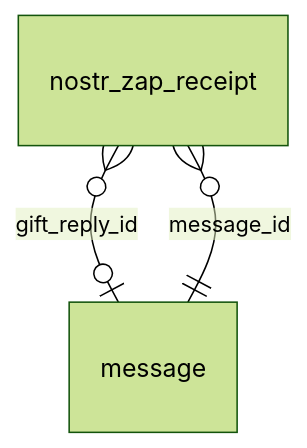
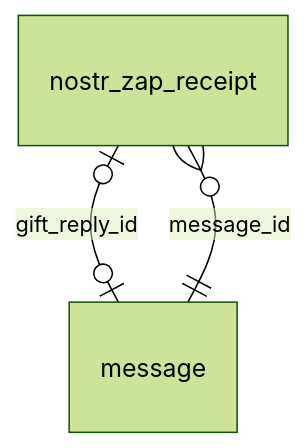
One commit to 21gifts/api changed the diagram in docs/database/tables/nostr_zap_receipt.md. Above: the diagram before and after it, drawn with Mermaid (forest theme). The commit also changed other lines of this file and 50 other files, not shown here.

````diff
--- a/docs/database/tables/nostr_zap_receipt.md
+++ b/docs/database/tables/nostr_zap_receipt.md
@@ -35,5 +35,5 @@
 ```mermaid
 erDiagram
-    "nostr_zap_receipt" }o--o| "message" : "gift_reply_id"
+    "nostr_zap_receipt" |o--o| "message" : "gift_reply_id"
     "nostr_zap_receipt" }o--|| "message" : "message_id"
 ```
````
